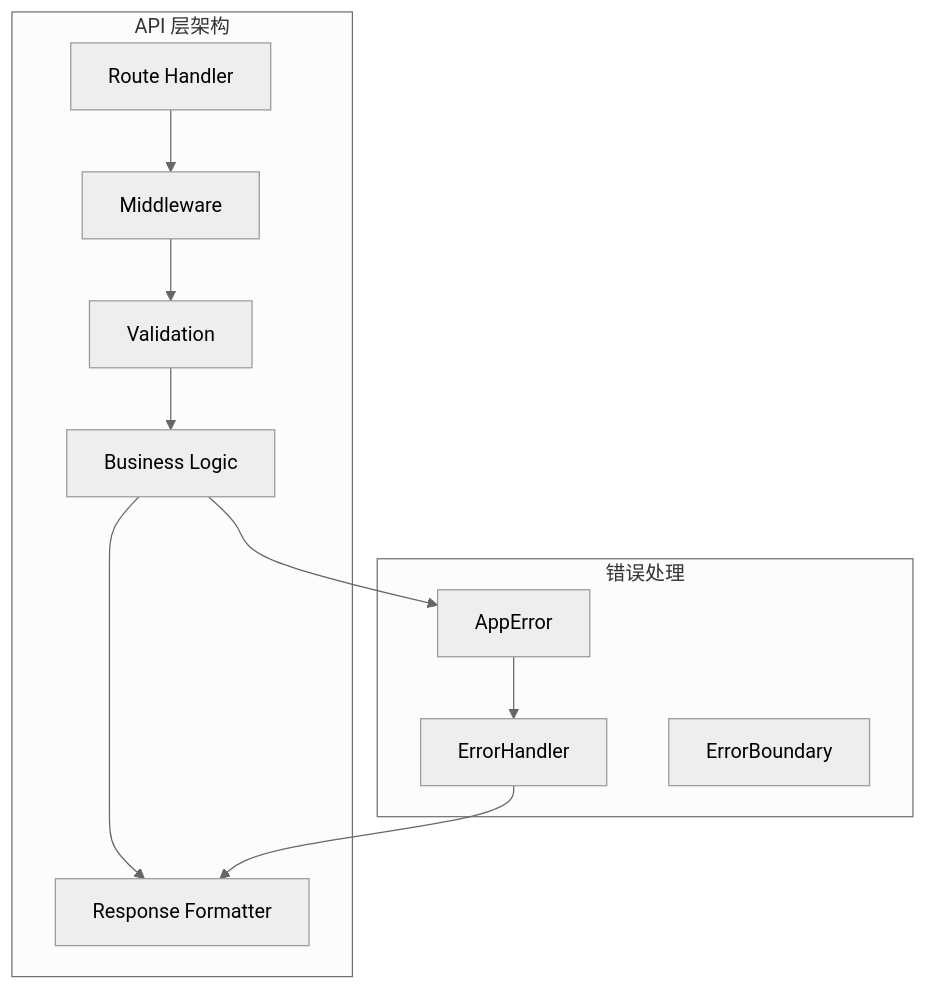
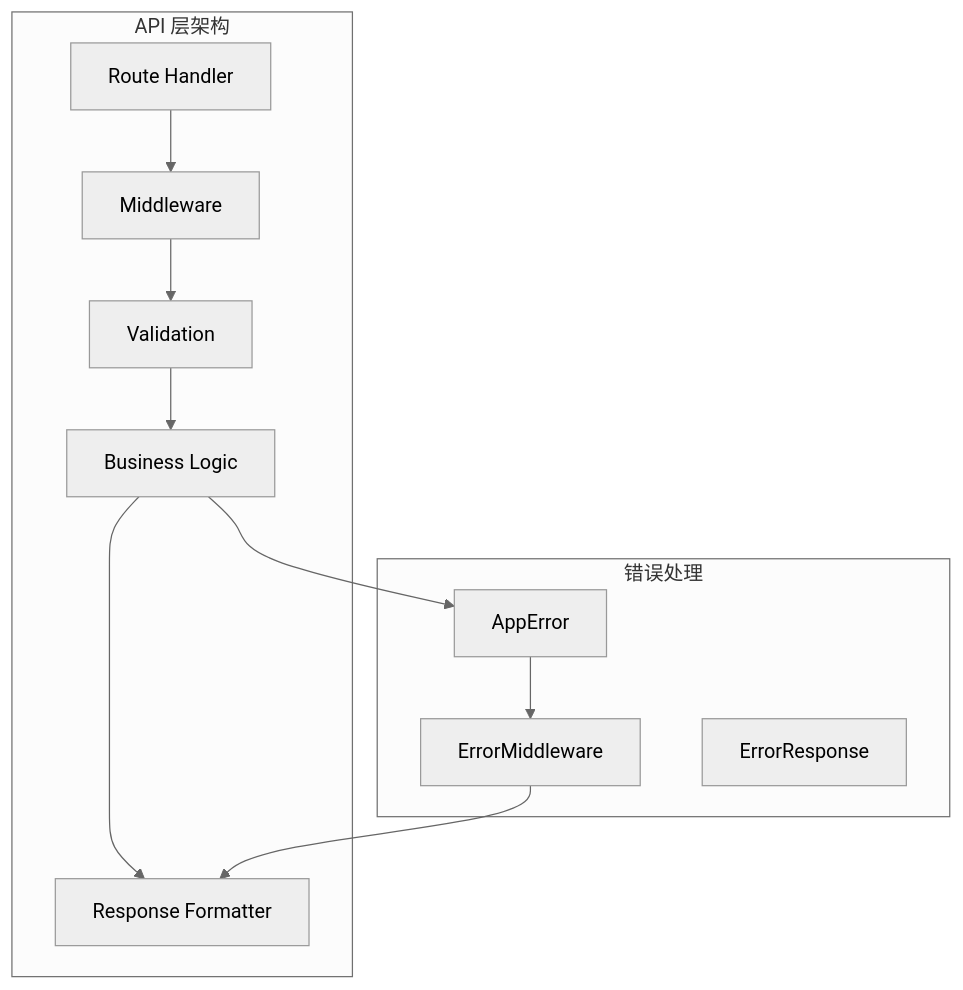
One commit to imokokok/Insight changed the diagram in docs/architecture/api-layer.md. Above: the diagram before and after it, drawn with Mermaid (neutral theme). The commit also changed other lines of this file and 30 other files, not shown here.

````diff
--- a/docs/architecture/api-layer.md
+++ b/docs/architecture/api-layer.md
@@ -18,19 +18,19 @@
 ```mermaid
 graph TB
     subgraph API["API 层架构"]
         A[Route Handler] --> B[Middleware]
         B --> C[Validation]
         C --> D[Business Logic]
         D --> E[Response Formatter]
     end
 
     subgraph ErrorHandling["错误处理"]
         F[AppError]
-        G[ErrorHandler]
-        H[ErrorBoundary]
+        G[ErrorMiddleware]
+        H[ErrorResponse]
     end
 
     D --> F
     F --> G
     G --> E
 ```
````
